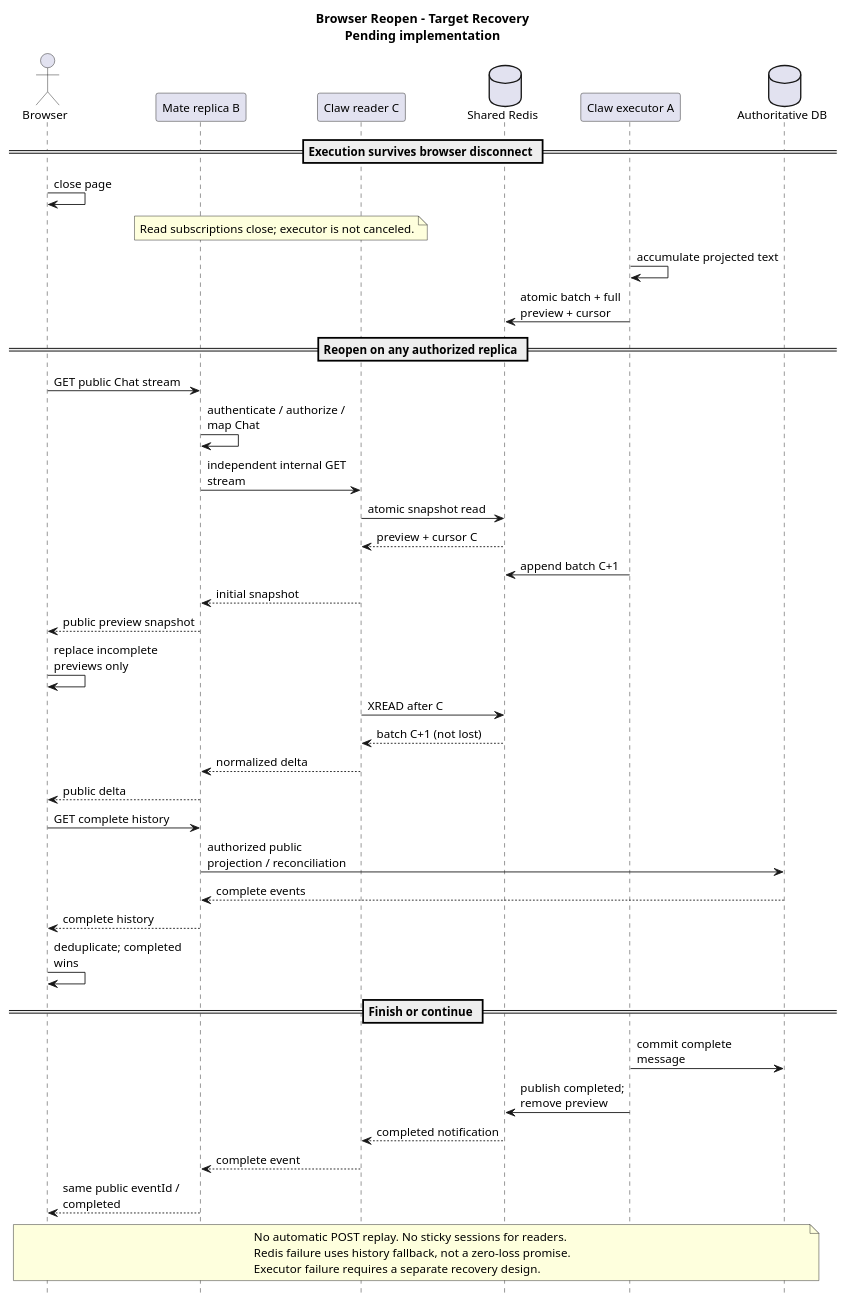
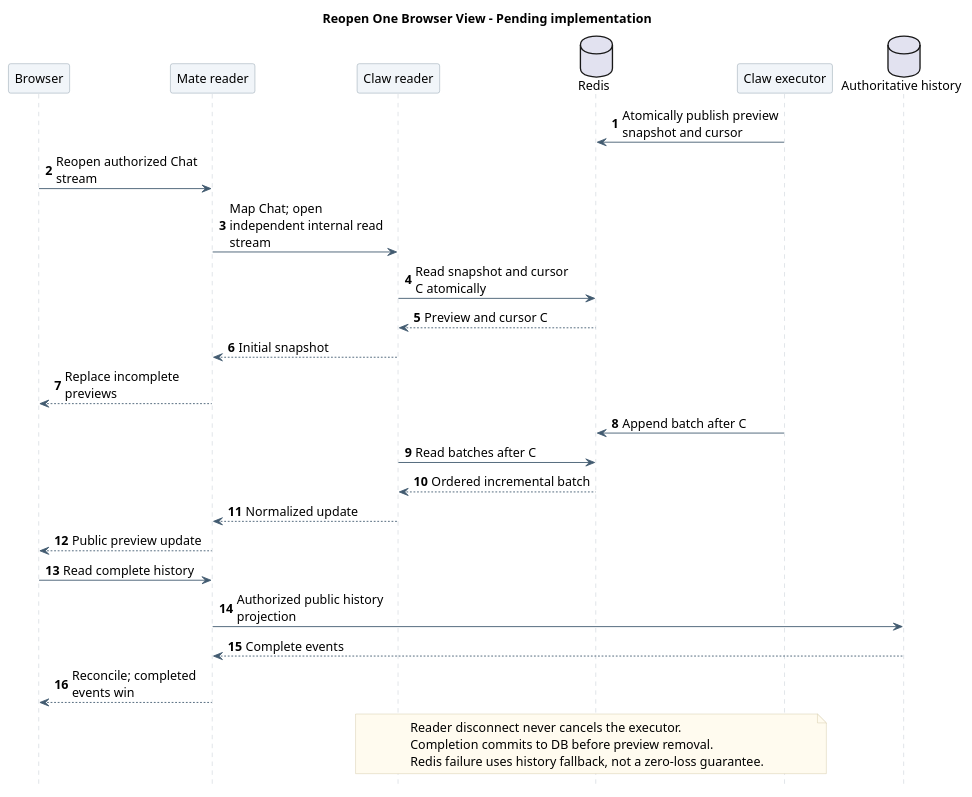
Before and after one commit to ssm0808/pi-mono-java-design: the second of 2 diagrams in 01-总体架构/01-CampusClaw多Agent运行时/设计图/Redis流式恢复/diagram.puml, drawn with PlantUML. The commit also changed 120 other files, not shown here.

Commit message:
docs(diagrams): 统一全仓职责级时序图表达与校验

```diff
--- a/01-总体架构/01-CampusClaw多Agent运行时/设计图/Redis流式恢复/diagram.puml
+++ b/01-总体架构/01-CampusClaw多Agent运行时/设计图/Redis流式恢复/diagram.puml
@@ -76,56 +76,53 @@
 @startuml redis_recovery_sequence
 ' Source evidence: OpenCode@fe3f3a41f79ad292cc3c7c629567385a20ec5130
 ' packages/protocol/src/groups/session.ts makeSessionGroup: experimental durable replay.
 ' packages/schema/src/session-event.ts Text.Delta and DurableDefinitions: live-only deltas.
 ' Design reason: a snapshot and its cursor prevent the snapshot-to-follow gap.
 ' Java divergence: source-side Redis preview recovery is pending implementation, not observed upstream behavior.
+' Presentation: one responsibility-level scenario; implementation details remain in the linked document.
 skinparam backgroundColor white
+skinparam defaultFontName SansSerif
+skinparam defaultFontSize 14
 skinparam shadowing false
-skinparam defaultFontName Arial
-skinparam defaultFontSize 13
-skinparam maxMessageSize 160
 skinparam sequenceMessageAlign left
+skinparam maxMessageSize 180
+skinparam sequenceArrowColor #425B70
+skinparam sequenceLifeLineBorderColor #BAC4CC
+skinparam sequenceParticipantBackgroundColor #F1F5F9
+skinparam sequenceParticipantBorderColor #8496A4
+skinparam sequenceGroupBackgroundColor #FAFBFC
+skinparam sequenceGroupBorderColor #BAC4CC
+skinparam noteBackgroundColor #FFFBEF
+skinparam noteBorderColor #D2C6A5
 hide footbox
-title Browser Reopen - Target Recovery\nPending implementation
-actor Browser
-participant "Mate replica B" as Mate
-participant "Claw reader C" as Reader
-database "Shared Redis" as Redis
-participant "Claw executor A" as Exec
-database "Authoritative DB" as DB
-== Execution survives browser disconnect ==
-Browser -> Browser : close page
-note over Mate,Reader : Read subscriptions close; executor is not canceled.
-Exec -> Exec : accumulate projected text
-Exec -> Redis : atomic batch + full preview + cursor
-== Reopen on any authorized replica ==
-Browser -> Mate : GET public Chat stream
-Mate -> Mate : authenticate / authorize / map Chat
-Mate -> Reader : independent internal GET stream
-Reader -> Redis : atomic snapshot read
-Redis --> Reader : preview + cursor C
-Exec -> Redis : append batch C+1
-Reader --> Mate : initial snapshot
-Mate --> Browser : public preview snapshot
-Browser -> Browser : replace incomplete previews only
-Reader -> Redis : XREAD after C
-Redis --> Reader : batch C+1 (not lost)
-Reader --> Mate : normalized delta
-Mate --> Browser : public delta
-Browser -> Mate : GET complete history
-Mate -> DB : authorized public projection / reconciliation
-DB --> Mate : complete events
-Mate --> Browser : complete history
-Browser -> Browser : deduplicate; completed wins
-== Finish or continue ==
-Exec -> DB : commit complete message
-Exec -> Redis : publish completed; remove preview
-Redis --> Reader : completed notification
-Reader --> Mate : complete event
-Mate --> Browser : same public eventId / completed
-note over Browser,DB
-No automatic POST replay. No sticky sessions for readers.
-Redis failure uses history fallback, not a zero-loss promise.
-Executor failure requires a separate recovery design.
+autonumber
+
+title Reopen One Browser View - Pending implementation
+participant Browser
+participant "Mate reader" as Mate
+participant "Claw reader" as Reader
+database Redis
+participant "Claw executor" as Exec
+database "Authoritative history" as DB
+Exec -> Redis : Atomically publish preview snapshot and cursor
+Browser -> Mate : Reopen authorized Chat stream
+Mate -> Reader : Map Chat; open independent internal read stream
+Reader -> Redis : Read snapshot and cursor C atomically
+Redis --> Reader : Preview and cursor C
+Reader --> Mate : Initial snapshot
+Mate --> Browser : Replace incomplete previews
+Exec -> Redis : Append batch after C
+Reader -> Redis : Read batches after C
+Redis --> Reader : Ordered incremental batch
+Reader --> Mate : Normalized update
+Mate --> Browser : Public preview update
+Browser -> Mate : Read complete history
+Mate -> DB : Authorized public history projection
+DB --> Mate : Complete events
+Mate --> Browser : Reconcile; completed events win
+note over Reader,Exec
+  Reader disconnect never cancels the executor.
+  Completion commits to DB before preview removal.
+  Redis failure uses history fallback, not a zero-loss guarantee.
 end note
 @enduml
```
